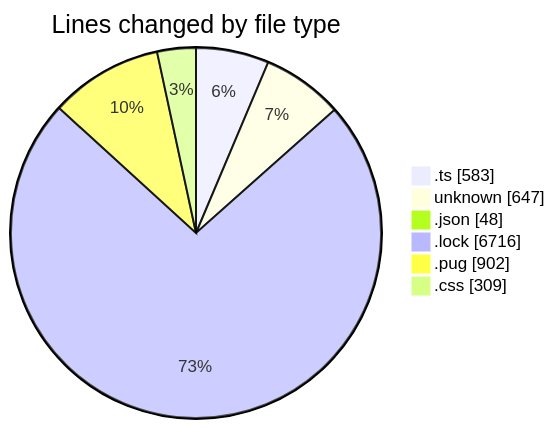
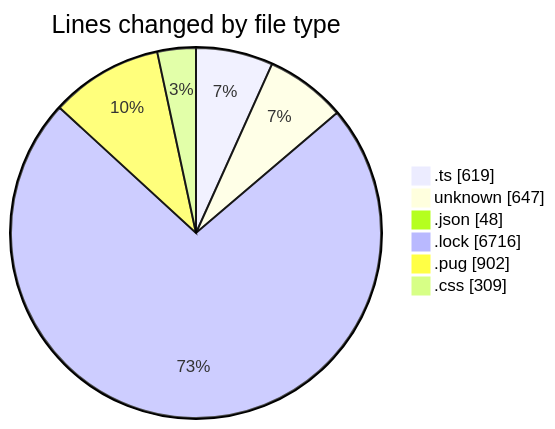
The first of 2 diagrams in 2026-05-22/cda/README.md (momahboobian/code-tracking), drawn with Mermaid before and after one commit. The commit also changed other lines of this file and 1 other file, not shown here.

````diff
--- a/2026-05-22/cda/README.md
+++ b/2026-05-22/cda/README.md
@@ -32,10 +33,10 @@
 ```mermaid
 pie showData
 title Lines changed by file type
-".ts" : 583
+".ts" : 619
 "unknown" : 647
 ".json" : 48
 ".lock" : 6716
 ".pug" : 902
 ".css" : 309
 ```
````
